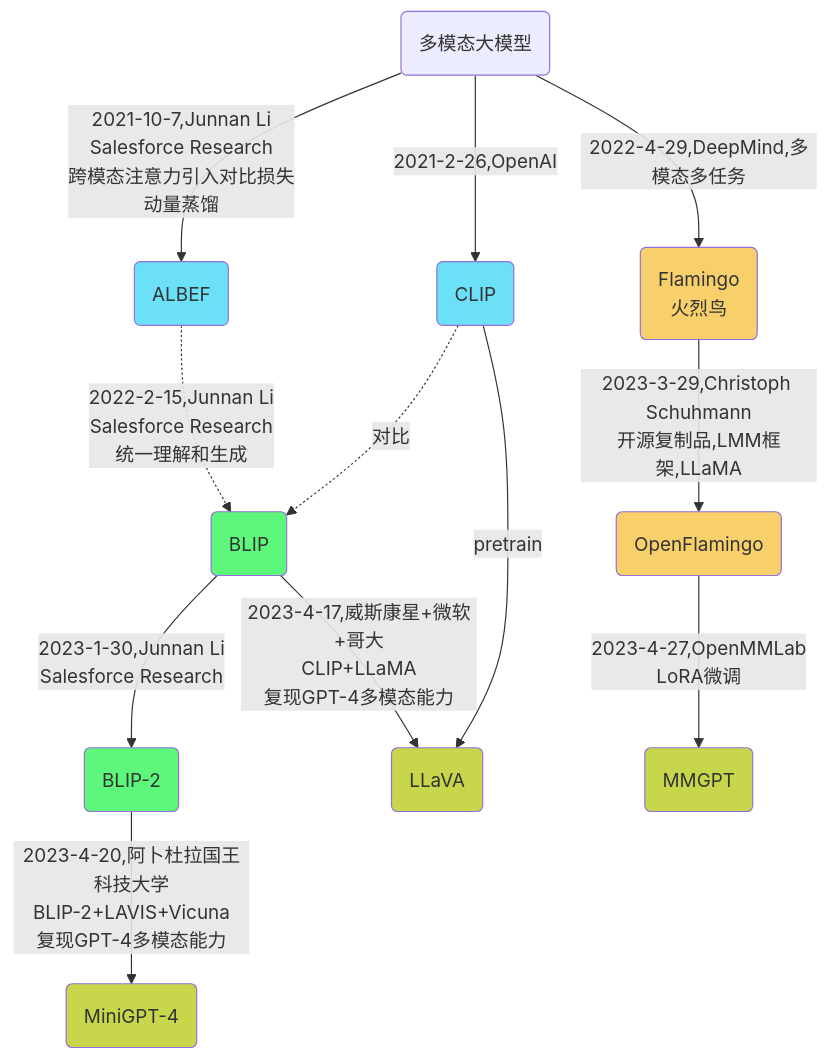
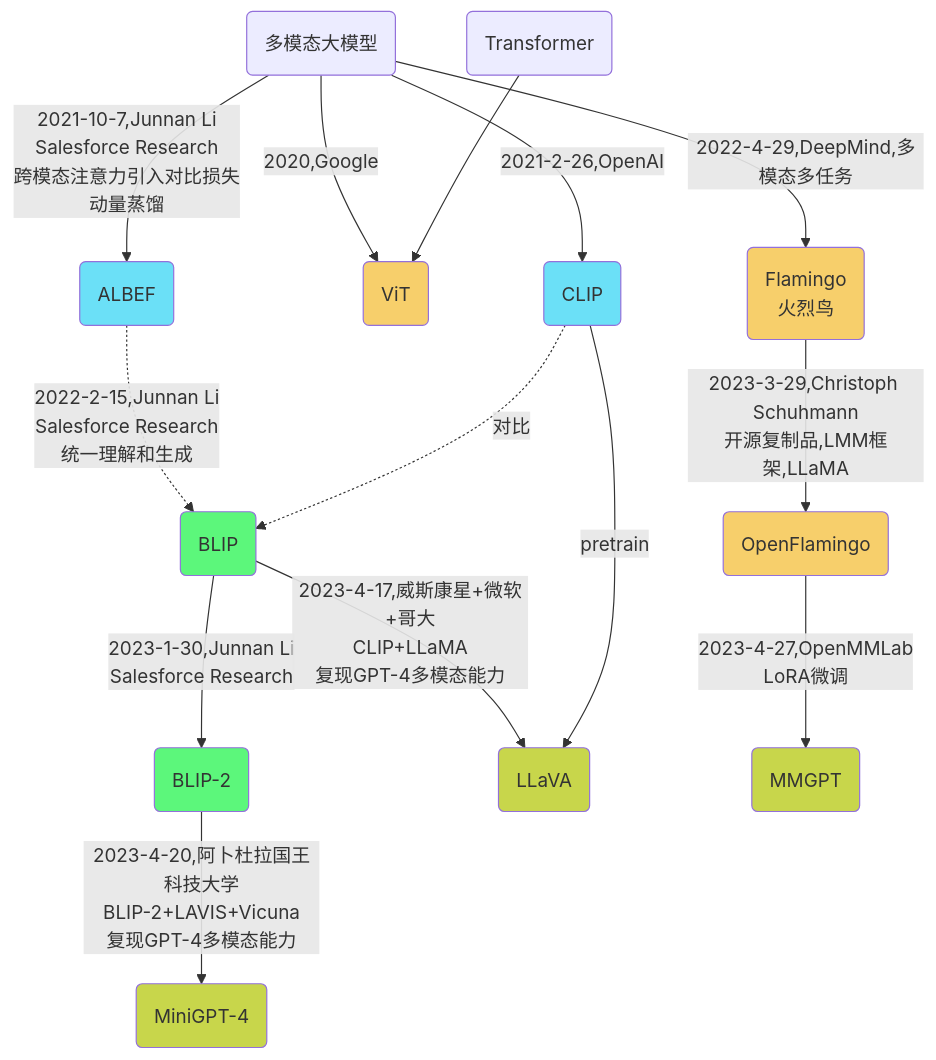
Before and after one commit to wqw547243068/wqw547243068.github.io: the diagram in _posts/2023-02-21-multi-modal.md, drawn with Mermaid. The commit also changed other lines of this file, not shown here.

```diff
--- a/_posts/2023-02-21-multi-modal.md
+++ b/_posts/2023-02-21-multi-modal.md
@@ -315,21 +315,23 @@
 <div class="mermaid">
     flowchart TD
     %% 节点颜色
     classDef red fill:#f02;
     classDef green fill:#5CF77B;
     classDef blue fill:#6BE0F7;
     classDef orange fill:#F7CF6B;
     classDef grass fill:#C8D64B;
     %%节点关系定义
     S(多模态大模型)-->|2022-4-29,DeepMind,多模态多任务|F(Flamingo\n火烈鸟):::orange
+    S-->|2020,Google| V(ViT):::orange
+    T(Transformer)-->V
     S-->|2021-10-7,Junnan Li\nSalesforce Research\n跨模态注意力引入对比损失\n动量蒸馏| A(ALBEF):::blue
     F-->|2023-3-29,Christoph Schuhmann\n开源复制品,LMM框架,LLaMA| O(OpenFlamingo):::orange
     A-.->|2022-2-15,Junnan Li\nSalesforce Research\n统一理解和生成|B(BLIP):::green
     C-.->|对比|B
     B-->|2023-1-30,Junnan Li\nSalesforce Research|B2(BLIP-2):::green
     B2-->|2023-4-20,阿卜杜拉国王科技大学\nBLIP-2+LAVIS+Vicuna\n复现GPT-4多模态能力|M(MiniGPT-4):::grass
     S-->|2021-2-26,OpenAI|C(CLIP):::blue
     B-->|2023-4-17,威斯康星+微软+哥大\nCLIP+LLaMA\n复现GPT-4多模态能力|L(LLaVA):::grass
     C-->|pretrain|L
     O-->|2023-4-27,OpenMMLab\nLoRA微调| MG(MMGPT):::grass
 </div>
```
